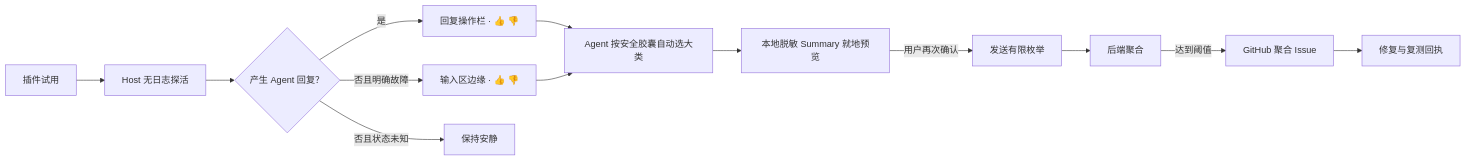
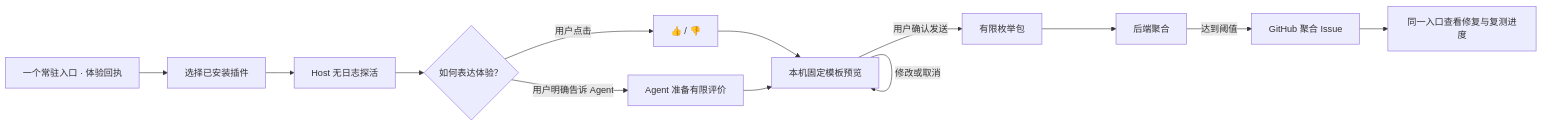
Before and after one commit to omdsh-dev/omdsh-plugin-lab: the diagram in README.md, drawn with Mermaid. The commit also changed other lines of this file and 49 other files, not shown here.

````diff
--- a/README.md
+++ b/README.md
@@ -20,15 +20,15 @@
 ```mermaid
 flowchart LR
-  A["插件试用"] --> B["Host 无日志探活"]
-  B --> C{"产生 Agent 回复？"}
-  C -->|"是"| D["回复操作栏 · 👍 👎"]
-  C -->|"否且明确故障"| E["输入区边缘 · 👍 👎"]
-  C -->|"否且状态未知"| J["保持安静"]
-  D --> K["Agent 按安全胶囊自动选大类"]
-  E --> K
-  K --> L["本地脱敏 Summary 就地预览"]
-  L -->|"用户再次确认"| F["发送有限枚举"]
-  F --> G["后端聚合"]
-  G -->|"达到阈值"| H["GitHub 聚合 Issue"]
-  H --> I["修复与复测回执"]
+  A["一个常驻入口 · 体验回执"] --> B["选择已安装插件"]
+  B --> C["Host 无日志探活"]
+  C --> D{"如何表达体验？"}
+  D -->|"用户点击"| E["👍 / 👎"]
+  D -->|"用户明确告诉 Agent"| F["Agent 准备有限评价"]
+  E --> G["本机固定模板预览"]
+  F --> G
+  G -->|"修改或取消"| G
+  G -->|"用户确认发送"| H["有限枚举包"]
+  H --> I["后端聚合"]
+  I -->|"达到阈值"| J["GitHub 聚合 Issue"]
+  J --> K["同一入口查看修复与复测进度"]
 ```
````
